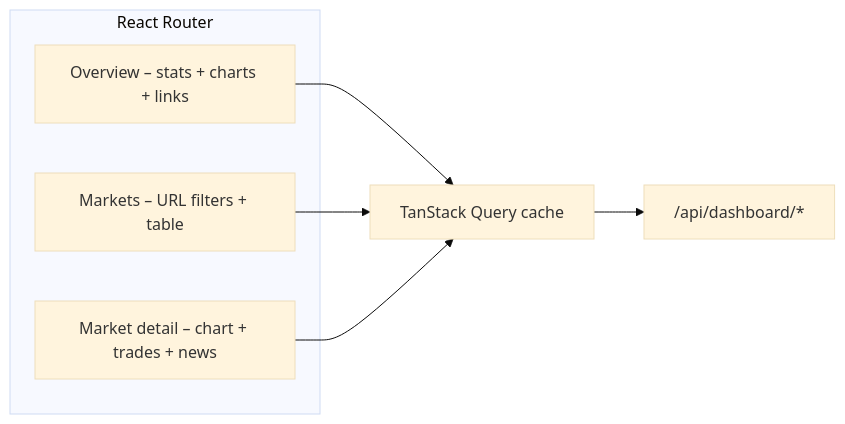
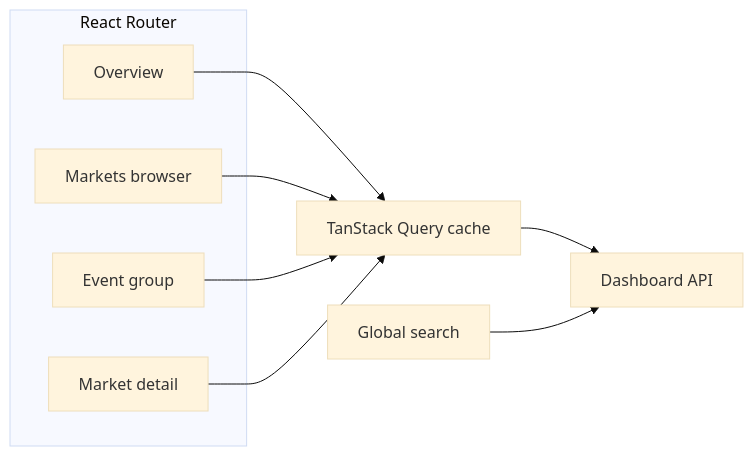
The second of 3 diagrams in README.md (hong-david/predictionmarkets), drawn with Mermaid (base theme) before and after one commit. The commit also changed other lines of this file and 67 other files, not shown here.

````diff
--- a/README.md
+++ b/README.md
@@ -148,14 +138,18 @@
 ```mermaid
 flowchart LR
-  subgraph pages[React Router]
-    O[Overview – stats + charts + links]
-    MB[Markets – URL filters + table]
-    MD[Market detail – chart + trades + news]
+  subgraph Pages["React Router"]
+    O["Overview"]
+    MB["Markets browser"]
+    EV["Event group"]
+    MD["Market detail"]
   end
-  Q[TanStack Query cache]
-  API2["/api/dashboard/*"]
+  Q["TanStack Query cache"]
+  API2["Dashboard API"]
+  SEARCH["Global search"]
   O --> Q
   MB --> Q
+  EV --> Q
   MD --> Q
   Q --> API2
+  SEARCH --> API2
 ```
````
